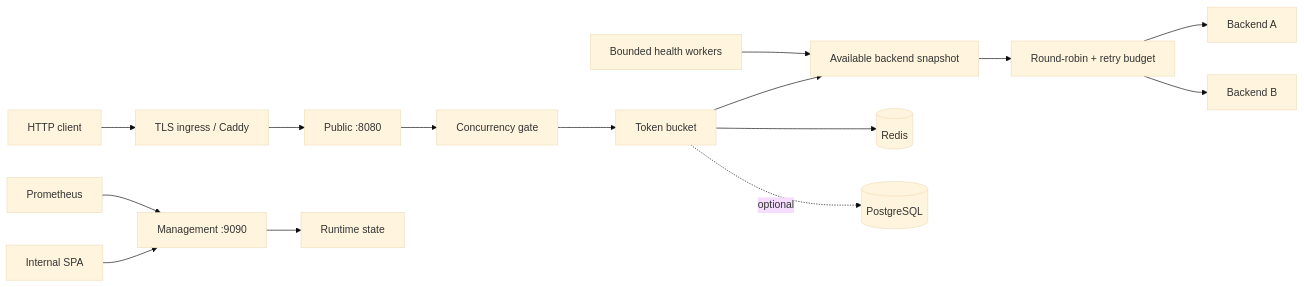
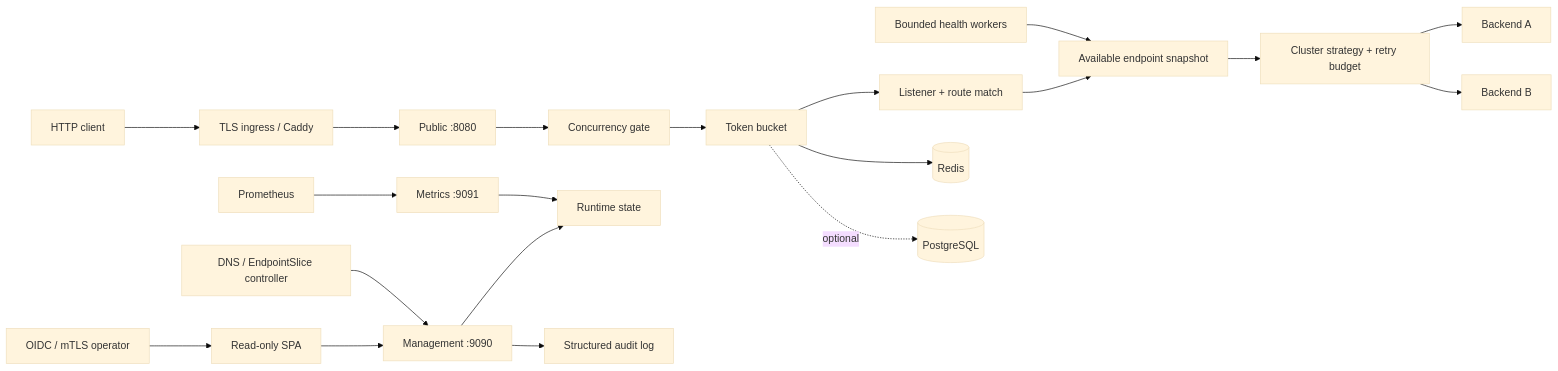
The diagram in README.md (J0es1ick/load_balancer), drawn with Mermaid (base theme) before and after one commit. The commit also changed other lines of this file and 1 other file, not shown here.

````diff
--- a/README.md
+++ b/README.md
@@ -37,18 +40,23 @@
 ```mermaid
 flowchart LR
     Client["HTTP client"] --> Edge["TLS ingress / Caddy"]
     Edge --> Public["Public :8080"]
     Public --> Overload["Concurrency gate"]
     Overload --> Rate["Token bucket"]
-    Rate --> Pool["Available backend snapshot"]
-    Pool --> Retry["Round-robin + retry budget"]
+    Rate --> Route["Listener + route match"]
+    Route --> Pool["Available endpoint snapshot"]
+    Pool --> Retry["Cluster strategy + retry budget"]
     Retry --> A["Backend A"]
     Retry --> B["Backend B"]
 
-    Console["Internal SPA"] --> Management["Management :9090"]
-    Prometheus --> Management
+    Operator["OIDC / mTLS operator"] --> Console["Read-only SPA"]
+    Console --> Management["Management :9090"]
+    Prometheus --> Metrics["Metrics :9091"]
+    Discovery["DNS / EndpointSlice controller"] --> Management
     Management --> Runtime["Runtime state"]
+    Metrics --> Runtime
+    Management --> Audit["Structured audit log"]
     Health["Bounded health workers"] --> Pool
     Rate --> Redis[(Redis)]
     Rate -. optional .-> Postgres[(PostgreSQL)]
 ```
````
